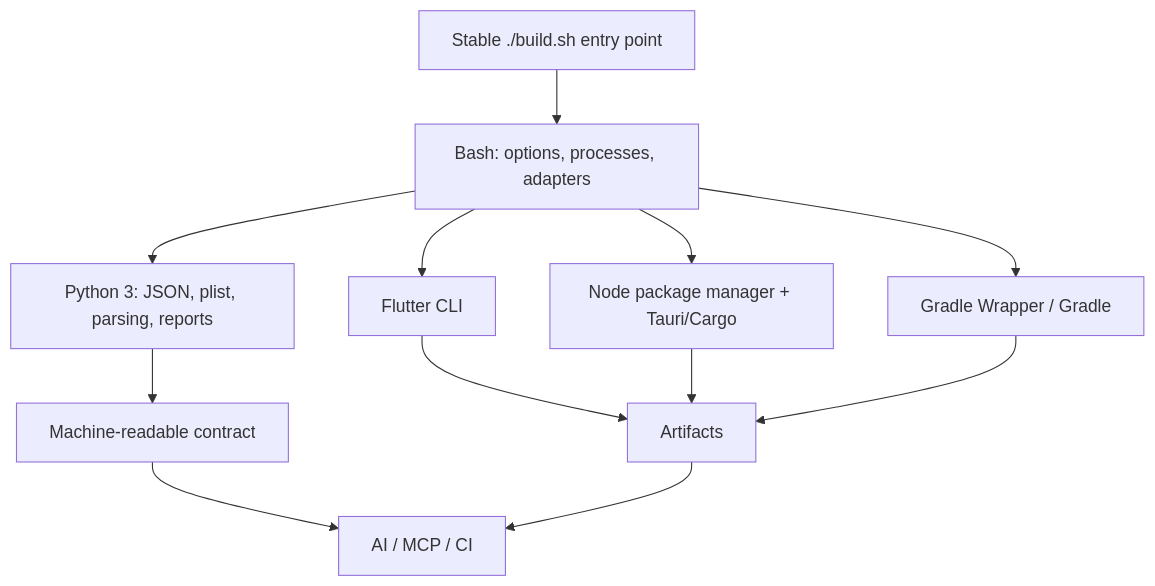
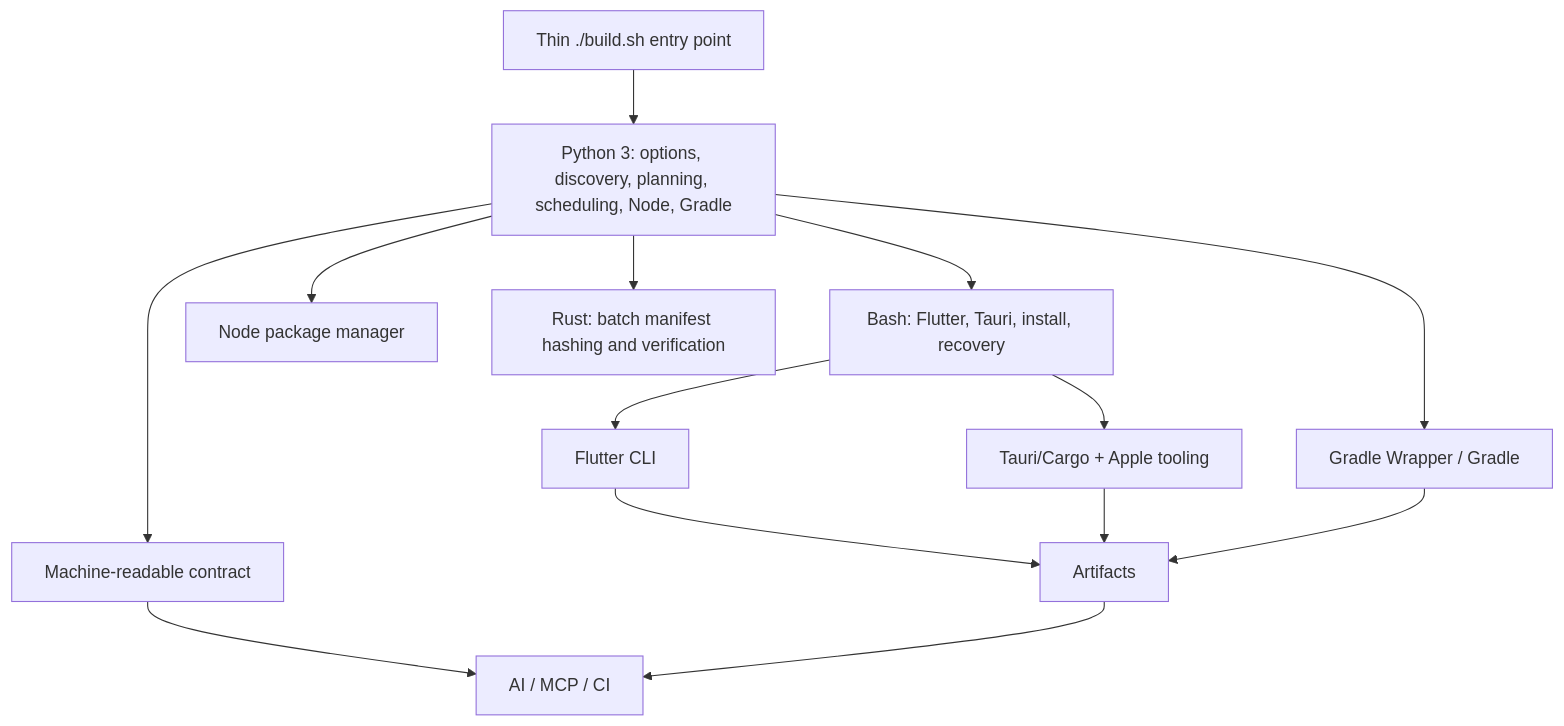
One commit to kimdzhekhon/Universal-Build-Script changed the fourth of 9 diagrams in README.en.md. Above: the diagram before and after it, drawn with Mermaid. The commit also changed other lines of this file and 21 other files, not shown here.

Commit message:
feat: shift orchestration to Python and Rust

````diff
--- a/README.en.md
+++ b/README.en.md
@@ -124,14 +124,16 @@
 ```mermaid
 flowchart TB
-    E["Stable ./build.sh entry point"] --> S["Bash: options, processes, adapters"]
-    S --> P["Python 3: JSON, plist, parsing, reports"]
+    E["Thin ./build.sh entry point"] --> P["Python 3: options, discovery, planning, scheduling, Node, Gradle"]
+    P --> S["Bash: Flutter, Tauri, install, recovery"]
+    P --> N["Node package manager"]
+    P --> G["Gradle Wrapper / Gradle"]
     S --> F["Flutter CLI"]
-    S --> T["Node package manager + Tauri/Cargo"]
-    S --> G["Gradle Wrapper / Gradle"]
+    S --> T["Tauri/Cargo + Apple tooling"]
+    P --> R["Rust: batch manifest hashing and verification"]
     P --> J["Machine-readable contract"]
     F --> A["Artifacts"]
     T --> A
     G --> A
     J --> C["AI / MCP / CI"]
     A --> C
 ```
````
